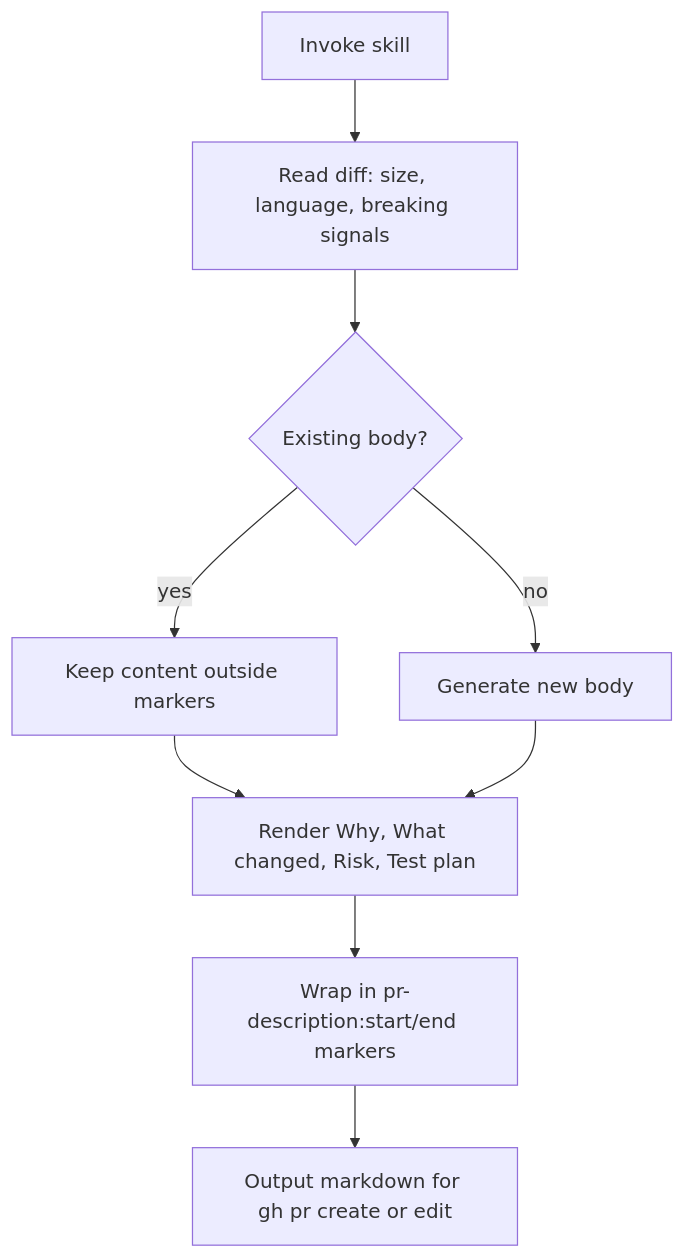
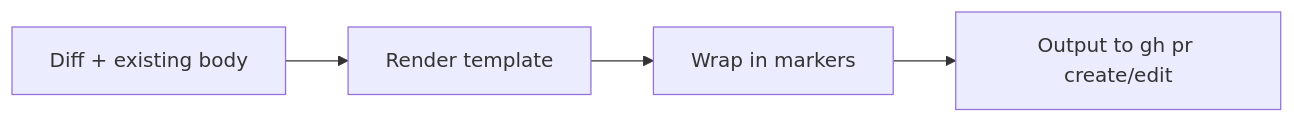
One commit to marcoskichel/elevator-pitch-skill changed the seventh of 7 diagrams in plugins/empire-git/README.md. Above: the diagram before and after it, drawn with Mermaid. The commit also changed other lines of this file and 5 other files, not shown here.

First line of the commit message:
docs: simplify per-skill diagrams to horizontal high-level flow

````diff
--- a/plugins/empire-git/README.md
+++ b/plugins/empire-git/README.md
@@ -159,11 +128,6 @@
 ```mermaid
-flowchart TD
-  invoke[Invoke skill] --> diff[Read diff: size, language, breaking signals]
-  diff --> existing{Existing body?}
-  existing -- yes --> preserve[Keep content outside markers]
-  existing -- no --> fresh[Generate new body]
-  preserve --> render[Render Why, What changed, Risk, Test plan]
-  fresh --> render
-  render --> markers[Wrap in pr-description:start/end markers]
-  markers --> stdout[Output markdown for gh pr create or edit]
+flowchart LR
+  diff[Diff + existing body] --> render[Render template]
+  render --> markers[Wrap in markers]
+  markers --> stdout[Output to gh pr create/edit]
 ```
````
